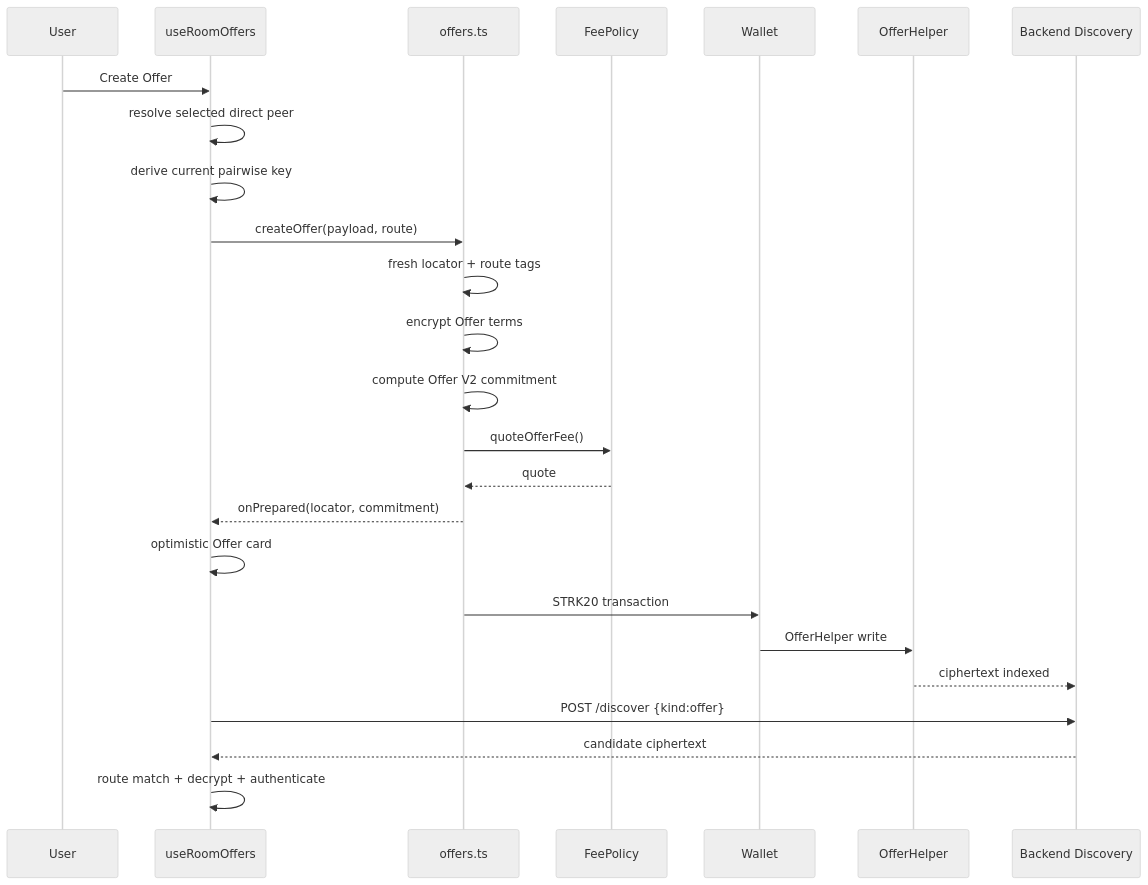
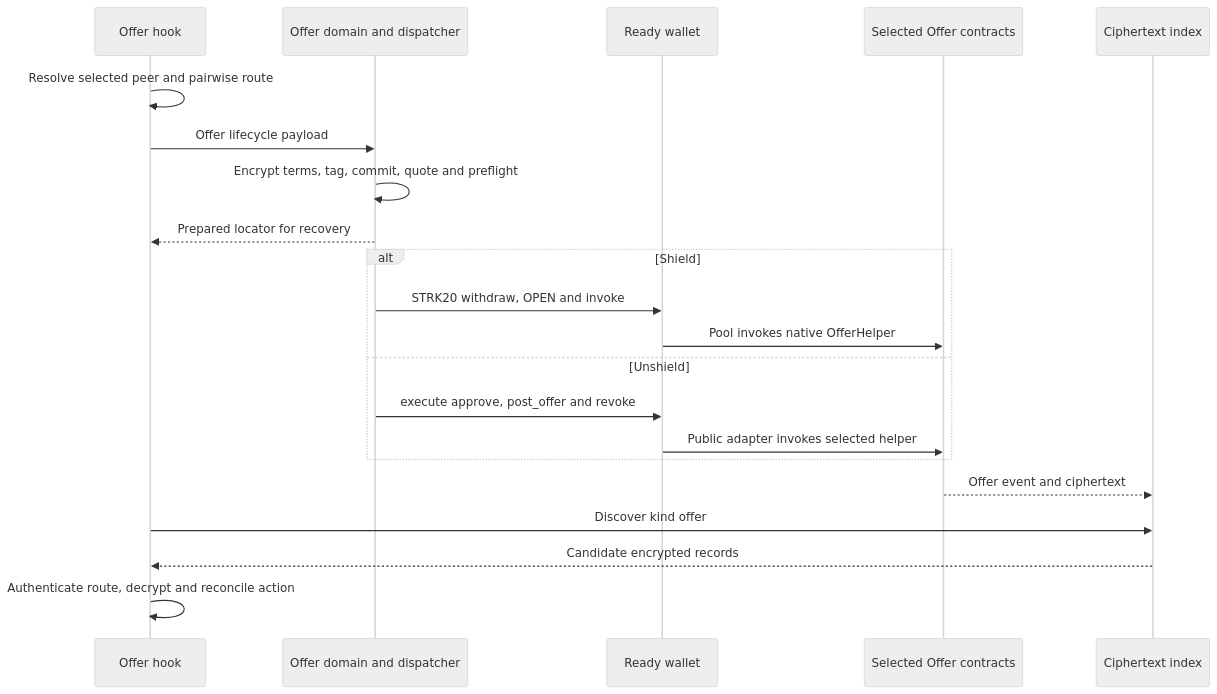
One commit to DXJLabs/vinss changed the fifth of 14 diagrams in docs/technical/frontend/application-flow.md. Above: the diagram before and after it, drawn with Mermaid (neutral theme). The commit also changed other lines of this file and 8 other files, not shown here.

Commit message:
docs: refresh messaging architecture, code maps and Mermaid; verify Offer rails

````diff
--- a/docs/technical/frontend/application-flow.md
+++ b/docs/technical/frontend/application-flow.md
@@ -661,28 +661,23 @@
 ```mermaid
 sequenceDiagram
-    participant U as User
-    participant H as useRoomOffers
-    participant O as offers.ts
-    participant F as FeePolicy
-    participant W as Wallet
-    participant C as OfferHelper
-    participant I as Backend Discovery
-
-    U->>H: Create Offer
-    H->>H: resolve selected direct peer
-    H->>H: derive current pairwise key
-    H->>O: createOffer(payload, route)
-    O->>O: fresh locator + route tags
-    O->>O: encrypt Offer terms
-    O->>O: compute Offer V2 commitment
-    O->>F: quoteOfferFee()
-    F-->>O: quote
-    O-->>H: onPrepared(locator, commitment)
-    H->>H: optimistic Offer card
-    O->>W: STRK20 transaction
-    W->>C: OfferHelper write
-    C-->>I: ciphertext indexed
-    H->>I: POST /discover {kind:offer}
-    I-->>H: candidate ciphertext
-    H->>H: route match + decrypt + authenticate
+    participant H as Offer hook
+    participant O as Offer domain and dispatcher
+    participant W as Ready wallet
+    participant C as Selected Offer contracts
+    participant I as Ciphertext index
+    H->>H: Resolve selected peer and pairwise route
+    H->>O: Offer lifecycle payload
+    O->>O: Encrypt terms, tag, commit, quote and preflight
+    O-->>H: Prepared locator for recovery
+    alt Shield
+        O->>W: STRK20 withdraw, OPEN and invoke
+        W->>C: Pool invokes native OfferHelper
+    else Unshield
+        O->>W: execute approve, post_offer and revoke
+        W->>C: Public adapter invokes selected helper
+    end
+    C-->>I: Offer event and ciphertext
+    H->>I: Discover kind offer
+    I-->>H: Candidate encrypted records
+    H->>H: Authenticate route, decrypt and reconcile action
 ```
````
